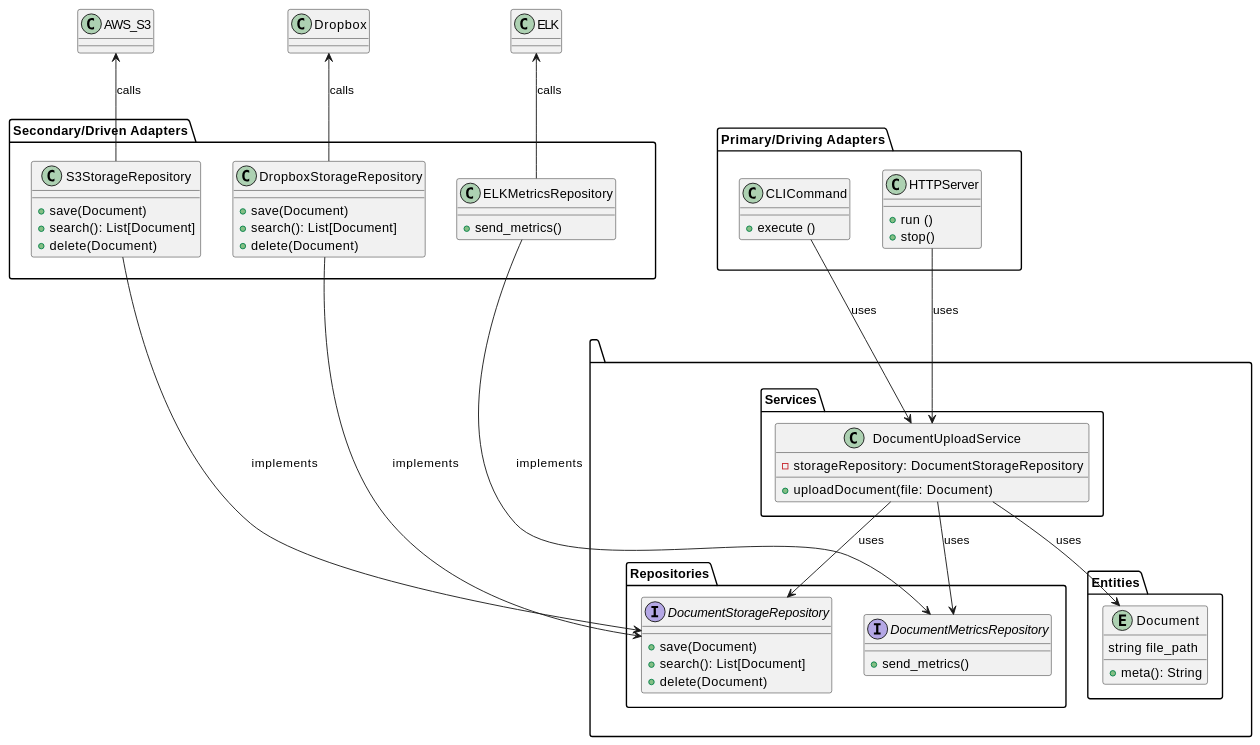
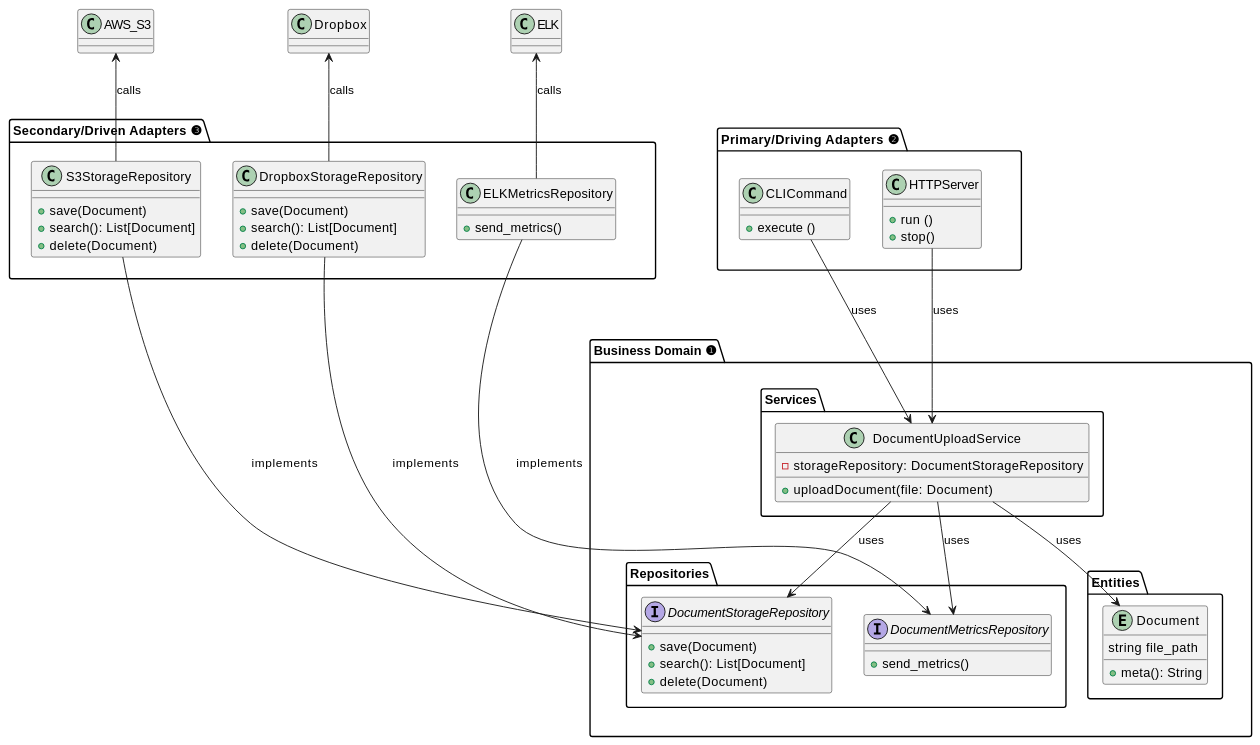
Before and after one commit to dorneanu/slides: the second of 4 diagrams in content/2022-hexagonal-architecture.org, drawn with PlantUML. The commit also changed other lines of this file and 1 other file, not shown here.

```diff
--- a/content/2022-hexagonal-architecture.org
+++ b/content/2022-hexagonal-architecture.org
@@ -87,82 +108,81 @@
-#+begin_src plantuml :file ./images/hexagonal-architecture/example-hex-arch.png  :results file replace :cmdline -charset UTF-8 :exports results
+#+begin_src plantuml :file ./images/hexagonal-architecture/example-hex-arch.png  :results file replace :cmdline -charset UTF-8 :exports none
 @startuml
 
-package "" as app_core {
+package "Business Domain ❶" as app_core {
     package "Entities" {
        entity Document {
          string file_path
          + meta(): String
        }
     }
 
     package Services {
        class DocumentUploadService {
          - storageRepository: DocumentStorageRepository
          + uploadDocument(file: Document)
        }
     }
 
 	package Repositories {
        interface DocumentStorageRepository {
 	     + save(Document)
 		 + search(): List[Document]
 		 + delete(Document)
 	   }
 
        interface DocumentMetricsRepository {
 		 + send_metrics()
 	   }
 
 	}
 }
 
-package "Primary/Driving Adapters" as prim_adapters {
+package "Primary/Driving Adapters ❷" as prim_adapters {
     class HTTPServer {
 	 + run ()
 	 + stop()
 	}
 
     class CLICommand {
 	 + execute ()
 	}
 }
 
-package "Secondary/Driven Adapters" as sec_adapters {
+package "Secondary/Driven Adapters ❸" as sec_adapters {
     class S3StorageRepository {
 	     + save(Document)
 		 + search(): List[Document]
 		 + delete(Document)
 	}
 
     class DropboxStorageRepository {
 	     + save(Document)
 		 + search(): List[Document]
 		 + delete(Document)
 	}
 
     class ELKMetricsRepository {
 		 + send_metrics()
 	}
-
 
 }
 
 prim_adapters -up[hidden]- app_core
 sec_adapters -down[hidden]- app_core
 
 DocumentUploadService --> DocumentStorageRepository: uses
 DocumentUploadService --> DocumentMetricsRepository: uses
 DocumentUploadService --> Document: uses
 
 S3StorageRepository -right-> DocumentStorageRepository: implements
 DropboxStorageRepository -right-> DocumentStorageRepository: implements
 ELKMetricsRepository -right-> DocumentMetricsRepository: implements
 
 S3StorageRepository -up-> AWS_S3: calls
 DropboxStorageRepository -up-> Dropbox: calls
 ELKMetricsRepository -up-> ELK: calls
 
 HTTPServer --> DocumentUploadService: uses
 CLICommand --> DocumentUploadService: uses
 @enduml
 #+end_src
```
